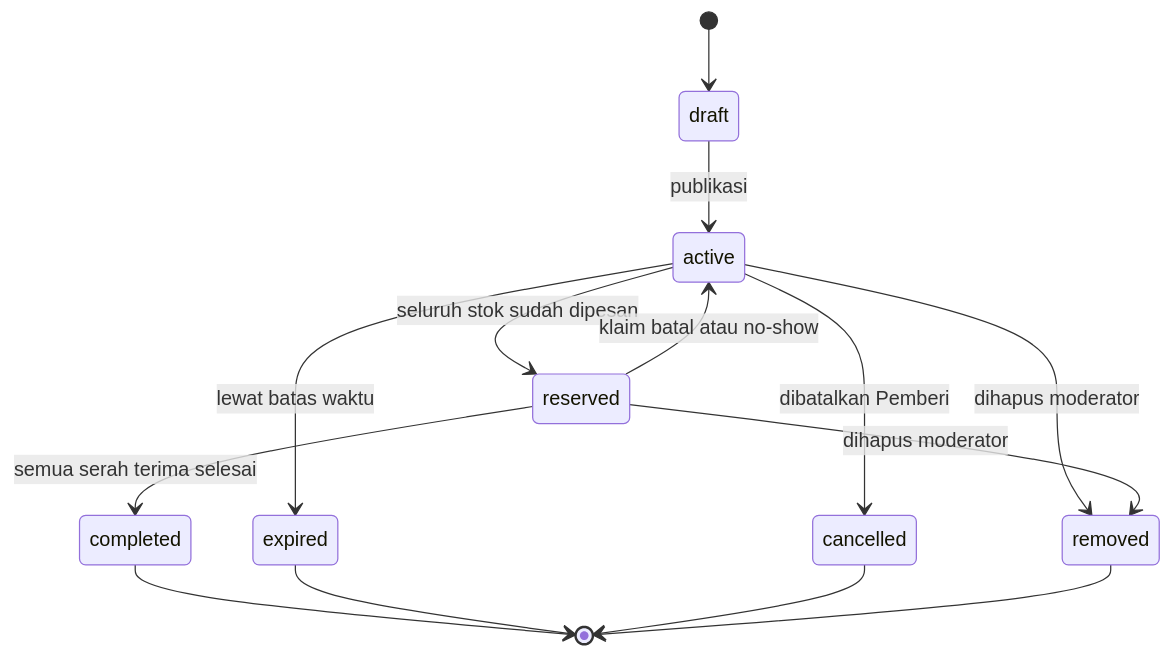
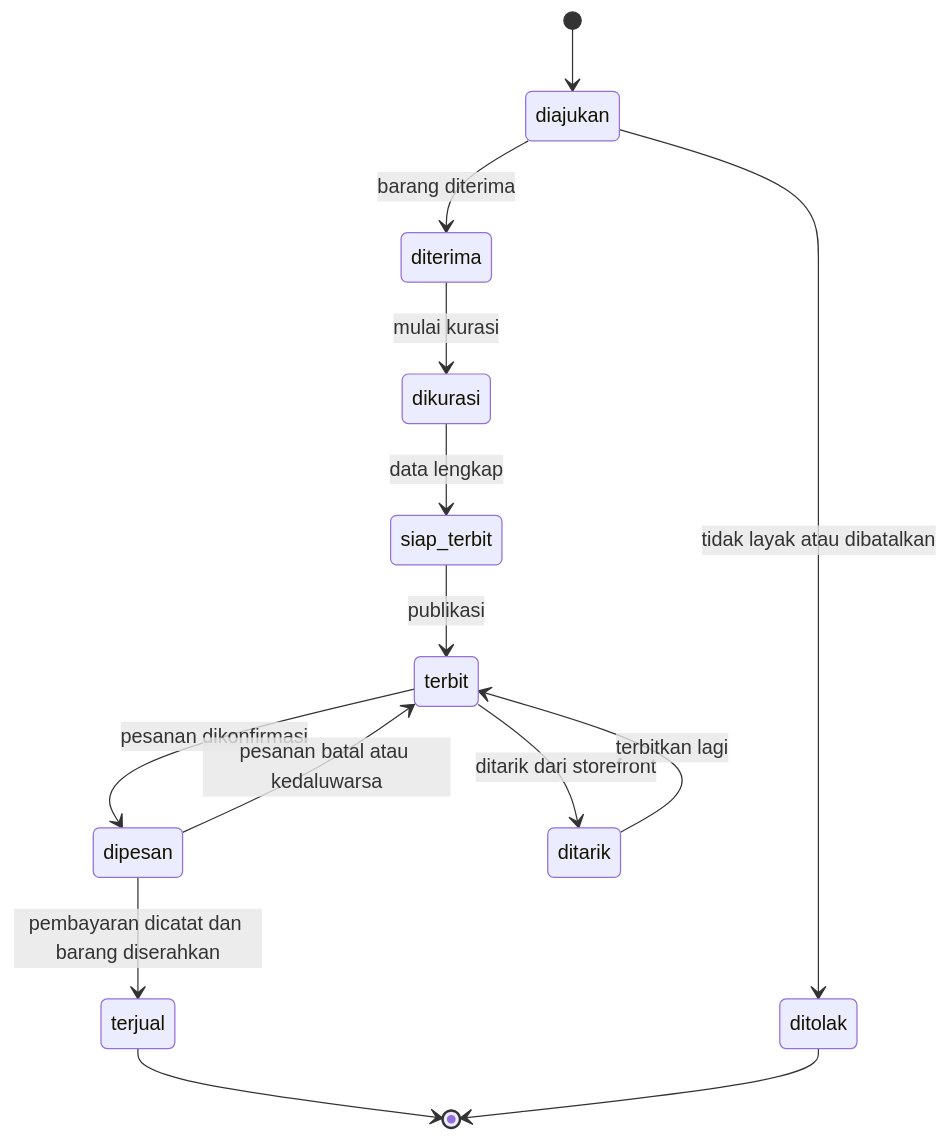
The fifth of 6 diagrams in docs/prd.md (muhamadnaufan37/barokahin-fe), drawn with Mermaid before and after one commit. The commit also changed other lines of this file and 43 other files, not shown here.

````diff
--- a/docs/prd.md
+++ b/docs/prd.md
@@ -257,16 +259,16 @@
 ```mermaid
 stateDiagram-v2
-    [*] --> draft
-    draft --> active: publikasi
-    active --> reserved: seluruh stok sudah dipesan
-    reserved --> active: klaim batal atau no-show
-    reserved --> completed: semua serah terima selesai
-    active --> expired: lewat batas waktu
-    active --> cancelled: dibatalkan Pemberi
-    active --> removed: dihapus moderator
-    reserved --> removed: dihapus moderator
-    completed --> [*]
-    expired --> [*]
-    cancelled --> [*]
-    removed --> [*]
+    [*] --> diajukan
+    diajukan --> diterima: barang diterima
+    diajukan --> ditolak: tidak layak atau dibatalkan
+    diterima --> dikurasi: mulai kurasi
+    dikurasi --> siap_terbit: data lengkap
+    siap_terbit --> terbit: publikasi
+    terbit --> dipesan: pesanan dikonfirmasi
+    dipesan --> terbit: pesanan batal atau kedaluwarsa
+    dipesan --> terjual: pembayaran dicatat dan barang diserahkan
+    terbit --> ditarik: ditarik dari storefront
+    ditarik --> terbit: terbitkan lagi
+    terjual --> [*]
+    ditolak --> [*]
 ```
````
